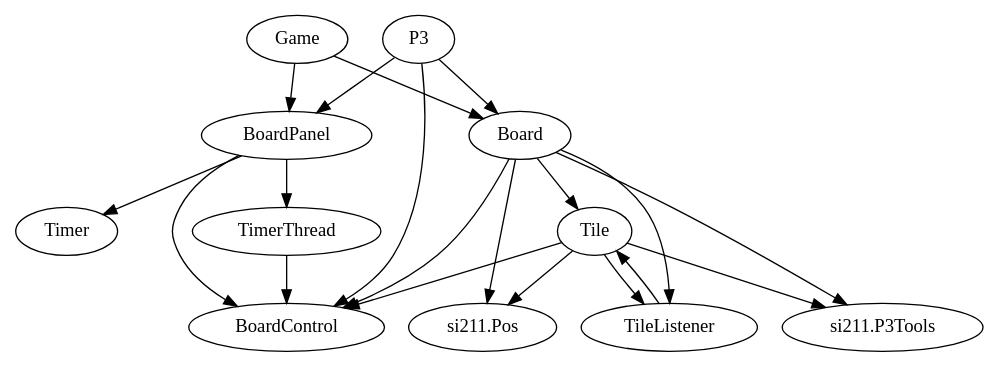
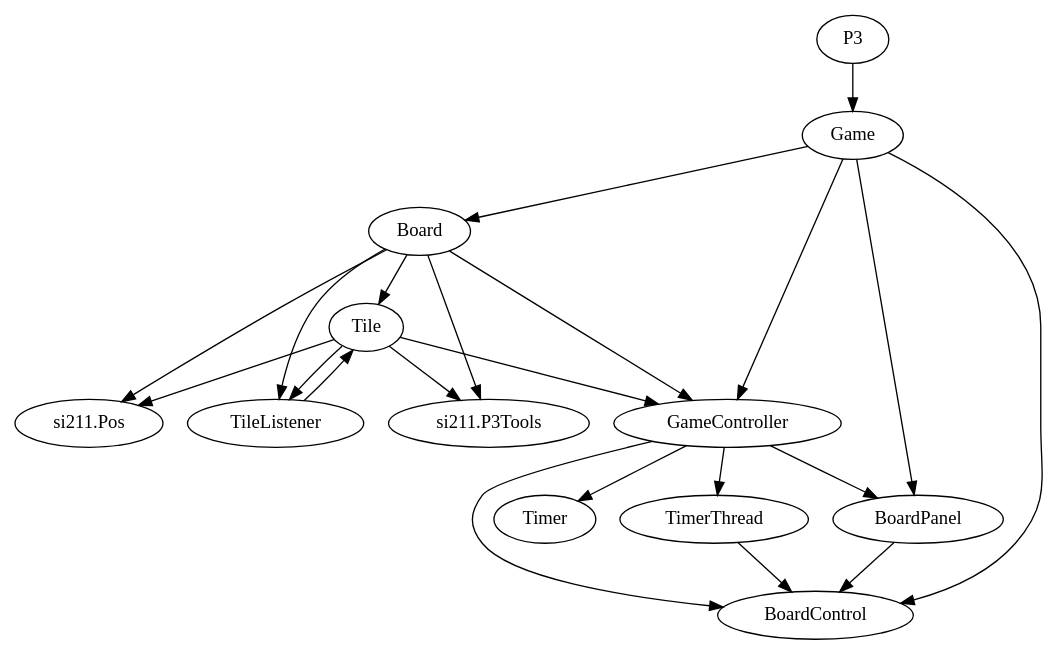
The diagram in proj03/design.dot (m285094/si211), drawn with Graphviz before and after one commit. The commit also changed 20 other files, not shown here.

```diff
--- a/proj03/design.dot
+++ b/proj03/design.dot
@@ -1,21 +1,23 @@
 digraph "Design" {
-"Board" -> "BoardControl";
+"Board" -> "GameController";
 "Board" -> "Tile";
 "Board" -> "TileListener";
 "Board" -> "si211.P3Tools";
 "Board" -> "si211.Pos";
 "BoardPanel" -> "BoardControl";
-"BoardPanel" -> "Timer";
-"BoardPanel" -> "TimerThread";
 "Game" -> "Board";
+"Game" -> "BoardControl";
 "Game" -> "BoardPanel";
-"P3" -> "Board";
-"P3" -> "BoardControl";
-"P3" -> "BoardPanel";
-"Tile" -> "BoardControl";
+"Game" -> "GameController";
+"GameController" -> "BoardControl";
+"GameController" -> "BoardPanel";
+"GameController" -> "Timer";
+"GameController" -> "TimerThread";
+"P3" -> "Game";
+"Tile" -> "GameController";
 "Tile" -> "TileListener";
 "Tile" -> "si211.P3Tools";
 "Tile" -> "si211.Pos";
 "TileListener" -> "Tile";
 "TimerThread" -> "BoardControl";
 }
```
